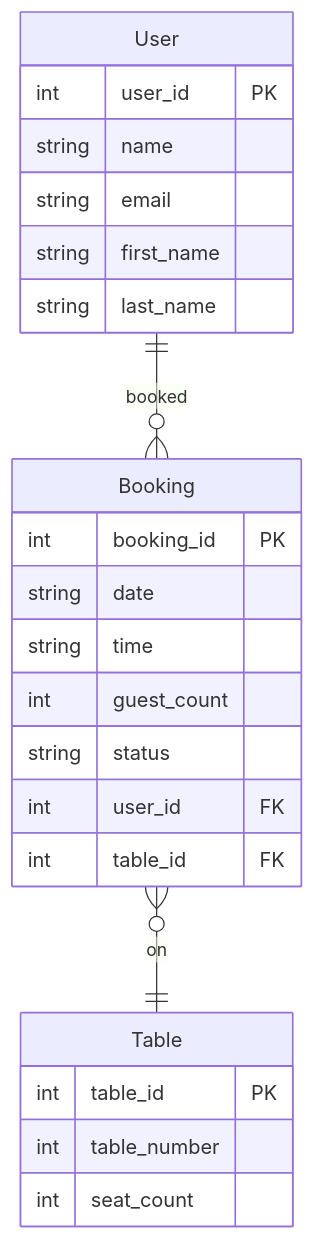
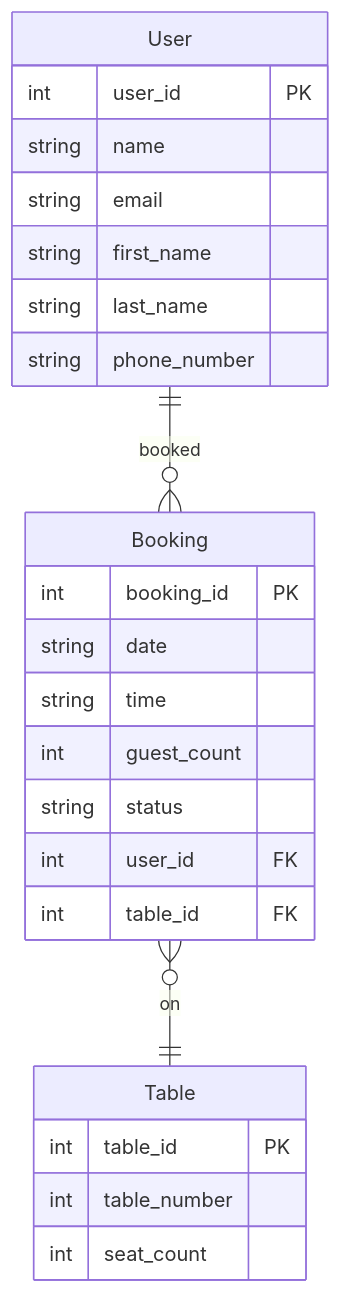
The diagram in README.md (ctr-code/mermaid-erd), drawn with Mermaid before and after one commit. The commit also changed other lines of this file, not shown here.

Commit message:
Add phone number

````diff
--- a/README.md
+++ b/README.md
@@ -40,26 +41,27 @@
 ``` mermaid
 erDiagram
     User ||--o{ Booking : booked
     User {
         int user_id PK
         string name
         string email
         string first_name
         string last_name
+        string phone_number
     }
     Booking }o--|| Table : on
     Booking {
         int booking_id PK
         string date
         string time
         int guest_count
         string status
         int user_id FK
         int table_id FK
     }
     Table {
         int table_id PK
         int table_number
         int seat_count
     }
 ```
````
